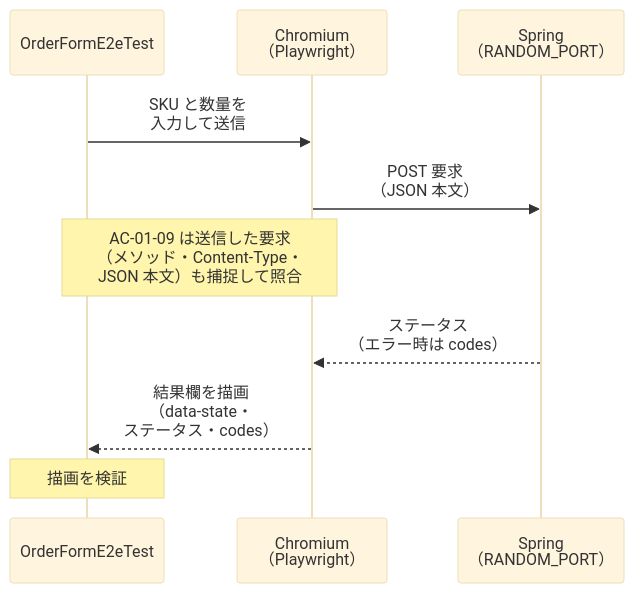
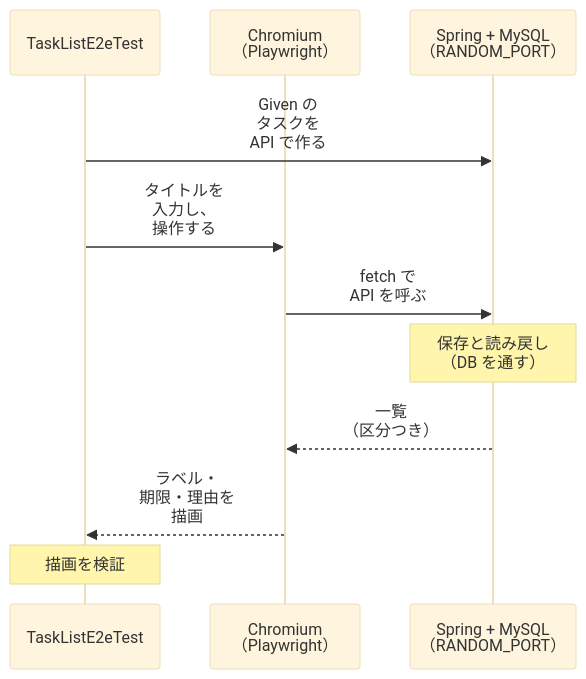
Before and after one commit to toshio-shiratori/harness-test-strategy: the diagram in examples/kotlin-spring/docs/02c.md, drawn with Mermaid (base theme). The commit also changed other lines of this file and 37 other files, not shown here.

````diff
--- a/examples/kotlin-spring/docs/02c.md
+++ b/examples/kotlin-spring/docs/02c.md
@@ -13,12 +22,13 @@
 ```mermaid
 sequenceDiagram
-    participant T as OrderFormE2eTest
+    participant T as TaskListE2eTest
     participant B as Chromium<br/>（Playwright）
-    participant S as Spring<br/>（RANDOM_PORT）
-    T->>B: SKU と数量を<br/>入力して送信
-    B->>S: POST 要求<br/>（JSON 本文）
-    Note over T,B: AC-01-09 は送信した要求<br/>（メソッド・Content-Type・<br/>JSON 本文）も捕捉して照合
-    S-->>B: ステータス<br/>（エラー時は codes）
-    B-->>T: 結果欄を描画<br/>（data-state・<br/>ステータス・codes）
+    participant S as Spring + MySQL<br/>（RANDOM_PORT）
+    T->>S: Given の<br/>タスクを<br/>API で作る
+    T->>B: タイトルを<br/>入力し、<br/>操作する
+    B->>S: fetch で<br/>API を呼ぶ
+    Note over S: 保存と読み戻し<br/>（DB を通す）
+    S-->>B: 一覧<br/>（区分つき）
+    B-->>T: ラベル・<br/>期限・理由を<br/>描画
     Note over T: 描画を検証
 ```
````
